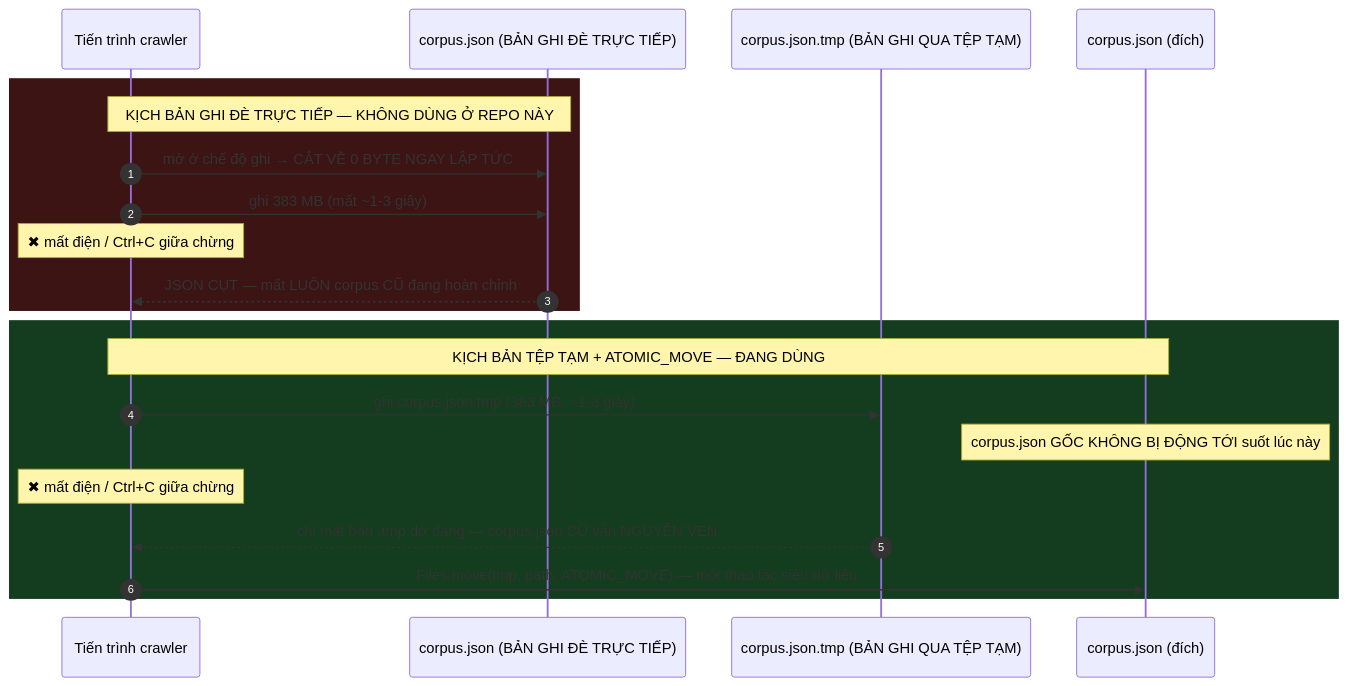
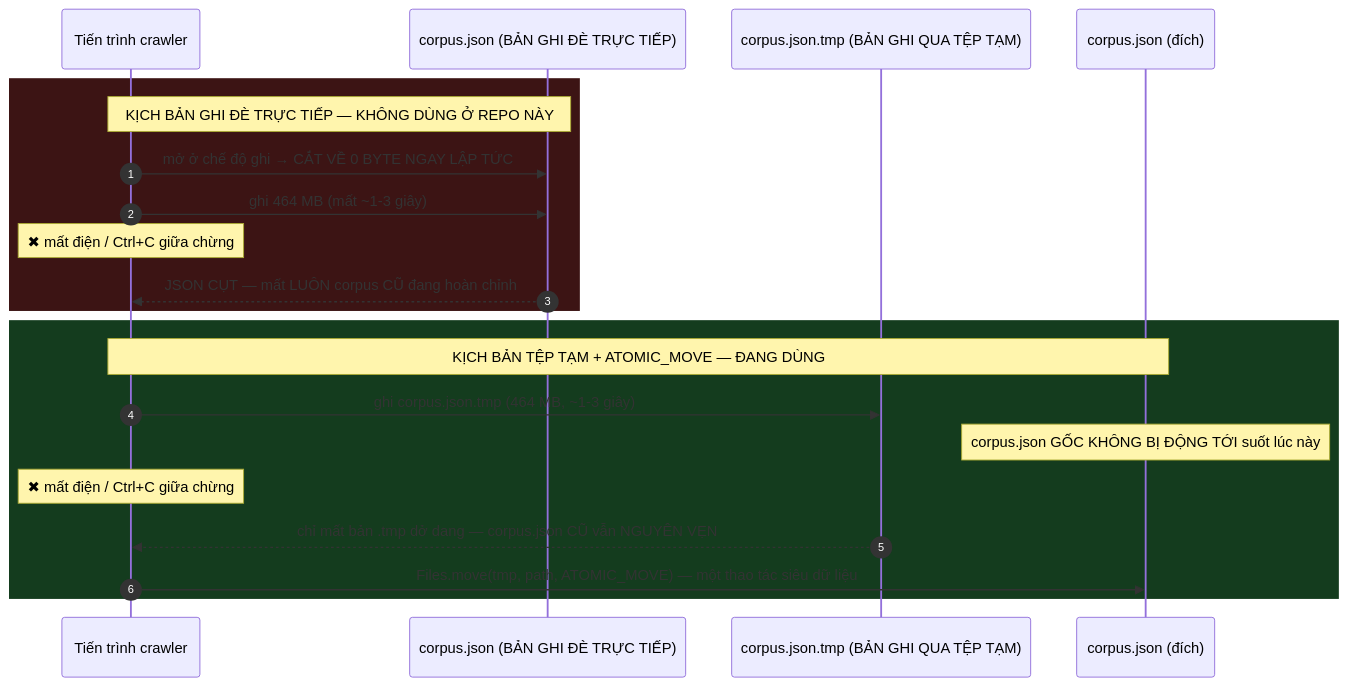
One commit to KietAnhCS/CocCoc-Plus changed the seventh of 8 diagrams in docs/STORAGE-PIPELINE.md. Above: the diagram before and after it, drawn with Mermaid. The commit also changed other lines of this file and 4 other files, not shown here.

````diff
--- a/docs/STORAGE-PIPELINE.md
+++ b/docs/STORAGE-PIPELINE.md
@@ -775,25 +827,25 @@
 ```mermaid
 sequenceDiagram
     autonumber
     participant P as Tiến trình crawler
     participant OLD as corpus.json (BẢN GHI ĐÈ TRỰC TIẾP)
     participant TMP as corpus.json.tmp (BẢN GHI QUA TỆP TẠM)
     participant NEW as corpus.json (đích)
 
     rect rgb(60, 20, 20)
     Note over P,OLD: KỊCH BẢN GHI ĐÈ TRỰC TIẾP — KHÔNG DÙNG Ở REPO NÀY
     P->>OLD: mở ở chế độ ghi → CẮT VỀ 0 BYTE NGAY LẬP TỨC
-    P->>OLD: ghi 383 MB (mất ~1-3 giây)
+    P->>OLD: ghi 464 MB (mất ~1-3 giây)
     Note over P: ✖ mất điện / Ctrl+C giữa chừng
     OLD-->>P: JSON CỤT — mất LUÔN corpus CŨ đang hoàn chỉnh
     end
 
     rect rgb(20, 60, 30)
     Note over P,NEW: KỊCH BẢN TỆP TẠM + ATOMIC_MOVE — ĐANG DÙNG
-    P->>TMP: ghi corpus.json.tmp (383 MB, ~1-3 giây)
+    P->>TMP: ghi corpus.json.tmp (464 MB, ~1-3 giây)
     Note over NEW: corpus.json GỐC KHÔNG BỊ ĐỘNG TỚI suốt lúc này
     Note over P: ✖ mất điện / Ctrl+C giữa chừng
     TMP-->>P: chỉ mất bản .tmp dở dang — corpus.json CŨ vẫn NGUYÊN VẸN
     P->>NEW: Files.move(tmp, path, ATOMIC_MOVE) — một thao tác siêu dữ liệu
     end
 ```
````
